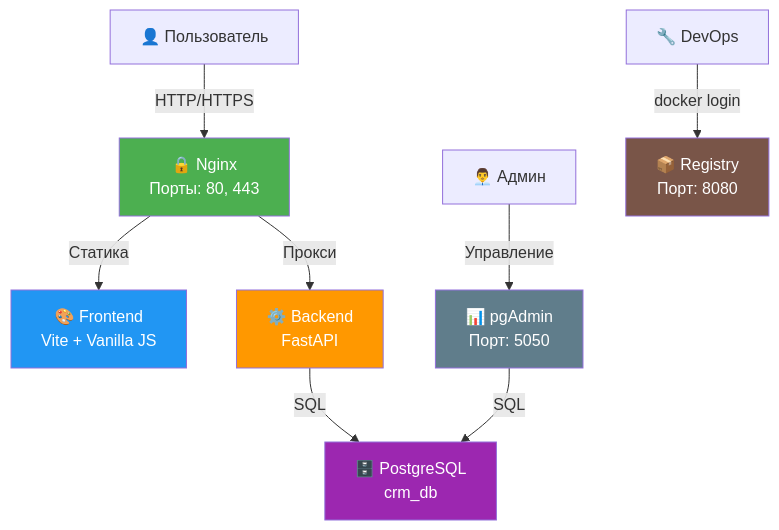
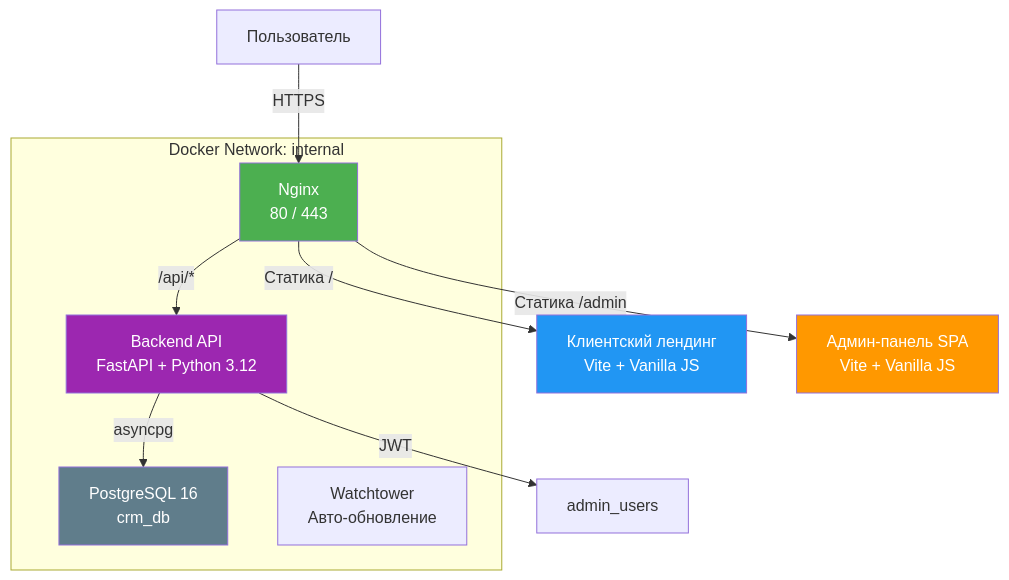
Before and after one commit to MatveiV/OrdersCRM: the diagram in README.md, drawn with Mermaid. The commit also changed other lines of this file and 50 other files, not shown here.

First line of the commit message:
feat: production-ready CRM with scoring, behavior metrics, and full admin SPA

````diff
--- a/README.md
+++ b/README.md
@@ -106,17 +12,22 @@
 ```mermaid
 graph TB
-    User["👤 Пользователь"] -->|HTTP/HTTPS| Nginx["🔒 Nginx<br/>Порты: 80, 443"]
-    Nginx -->|Статика| Frontend["🎨 Frontend<br/>Vite + Vanilla JS"]
-    Nginx -->|Прокси| Backend["⚙️ Backend<br/>FastAPI"]
-    Backend -->|SQL| Postgres["🗄️ PostgreSQL<br/>crm_db"]
-    Admin["👨‍💼 Админ"] -->|Управление| pgAdmin["📊 pgAdmin<br/>Порт: 5050"]
-    pgAdmin -->|SQL| Postgres
-    DevOps["🔧 DevOps"] -->|docker login| Registry["📦 Registry<br/>Порт: 8080"]
+    User["Пользователь"] -->|HTTPS| Nginx["Nginx<br/>80 / 443"]
+    Nginx -->|Статика /| Client["Клиентский лендинг<br/>Vite + Vanilla JS"]
+    Nginx -->|Статика /admin| Admin["Админ-панель SPA<br/>Vite + Vanilla JS"]
+    Nginx -->|/api/*| Backend["Backend API<br/>FastAPI + Python 3.12"]
+    Backend -->|asyncpg| Postgres["PostgreSQL 16<br/>crm_db"]
+    Backend -->|JWT| AdminUser["admin_users"]
     
+    subgraph "Docker Network: internal"
+        Nginx
+        Backend
+        Postgres
+        Watchtower["Watchtower<br/>Авто-обновление"]
+    end
+
     style Nginx fill:#4CAF50,color:#fff
-    style Frontend fill:#2196F3,color:#fff
-    style Backend fill:#FF9800,color:#fff
-    style Postgres fill:#9C27B0,color:#fff
-    style pgAdmin fill:#607D8B,color:#fff
-    style Registry fill:#795548,color:#fff
+    style Client fill:#2196F3,color:#fff
+    style Admin fill:#FF9800,color:#fff
+    style Backend fill:#9C27B0,color:#fff
+    style Postgres fill:#607D8B,color:#fff
 ```
````
